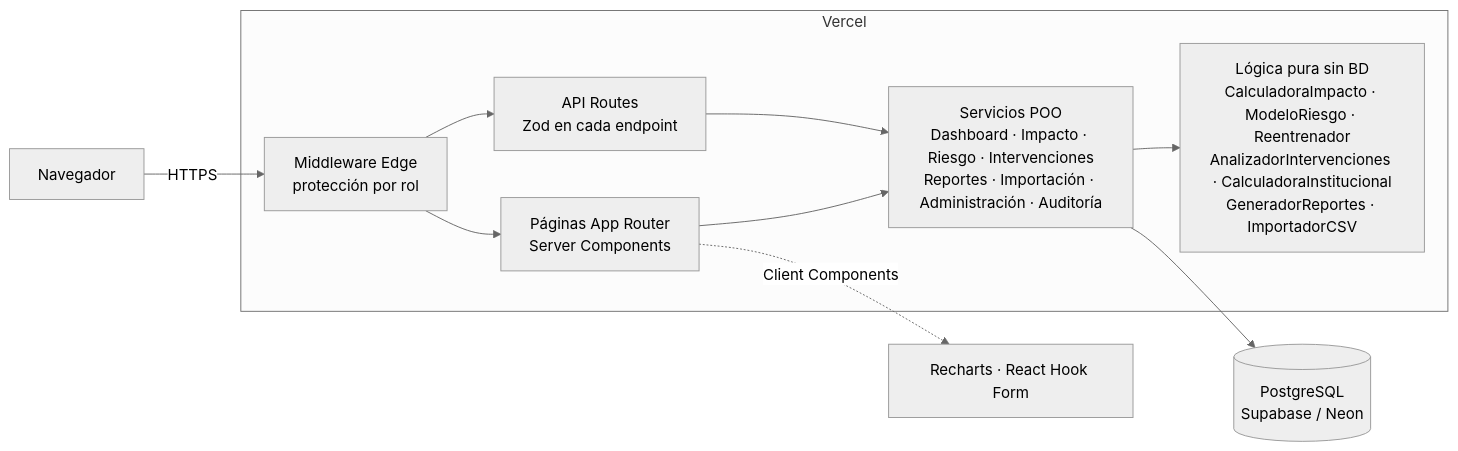
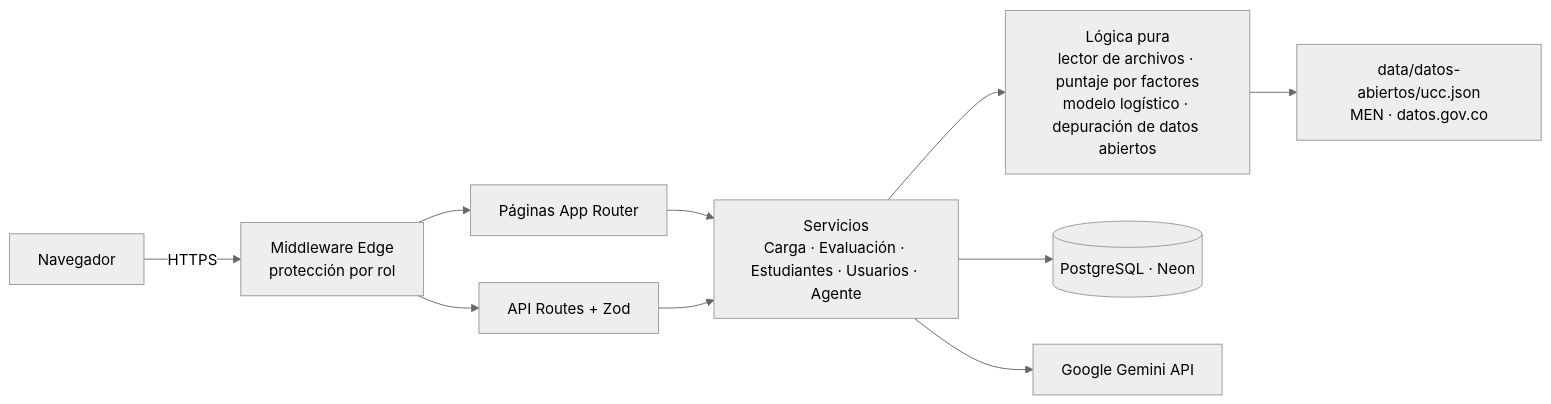
The diagram in README.md (Jhoan-Pd/DesercionUCC), drawn with Mermaid (neutral theme) before and after one commit. The commit also changed other lines of this file, not shown here.

Commit message:
docs: README de la versión 0.4.0 con datos reales y agente de IA

````diff
--- a/README.md
+++ b/README.md
@@ -44,18 +122,12 @@
 ```mermaid
 flowchart LR
     U[Navegador] -->|HTTPS| MW[Middleware Edge<br/>protección por rol]
-    MW --> P[Páginas App Router<br/>Server Components]
-    MW --> API[API Routes<br/>Zod en cada endpoint]
-    P --> S[Servicios POO<br/>Dashboard · Impacto · Riesgo · Intervenciones<br/>Reportes · Importación · Administración · Auditoría]
+    MW --> P[Páginas App Router]
+    MW --> API[API Routes + Zod]
+    P --> S[Servicios<br/>Carga · Evaluación · Estudiantes · Usuarios · Agente]
     API --> S
-    S --> C[Lógica pura sin BD<br/>CalculadoraImpacto · ModeloRiesgo · Reentrenador<br/>AnalizadorIntervenciones · CalculadoraInstitucional<br/>GeneradorReportes · ImportadorCSV]
-    S --> DB[(PostgreSQL<br/>Supabase / Neon)]
-    P -. "Client Components" .-> R[Recharts · React Hook Form]
-    subgraph Vercel
-      MW
-      P
-      API
-      S
-      C
-    end
+    S --> L[Lógica pura<br/>lector de archivos · puntaje por factores<br/>modelo logístico · depuración de datos abiertos]
+    S --> DB[(PostgreSQL · Neon)]
+    S --> G[Google Gemini API]
+    L --> DA[data/datos-abiertos/ucc.json<br/>MEN · datos.gov.co]
 ```
````
